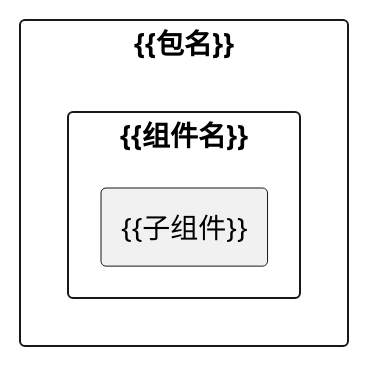
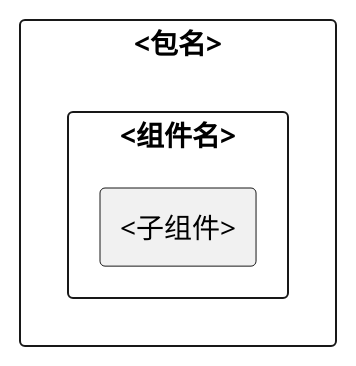
One commit to lechao365/AndroidSystemEnhance changed the first of 5 diagrams in engineering/harness/templates/module-readme-template.md. Above: the diagram before and after it, drawn with PlantUML. The commit also changed other lines of this file and 78 other files, not shown here.

````diff
--- a/engineering/harness/templates/module-readme-template.md
+++ b/engineering/harness/templates/module-readme-template.md
@@ -20,14 +20,14 @@
 ```plantuml
 @startuml
 skinparam packageStyle rectangle
 skinparam componentStyle rectangle
 
-package "{{包名}}" {
-    component "{{组件名}}" as Alias {
-        component "{{子组件}}" as SubAlias
+package "<包名>" {
+    component "<组件名>" as Alias {
+        component "<子组件>" as SubAlias
     }
 }
 
 ' TODO: 补充其他包和组件
 @enduml
 ```
````
